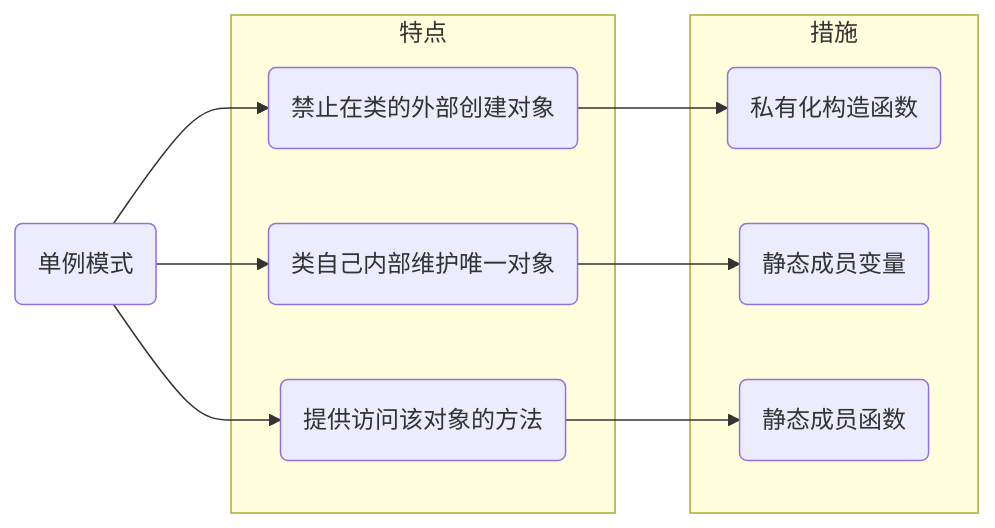
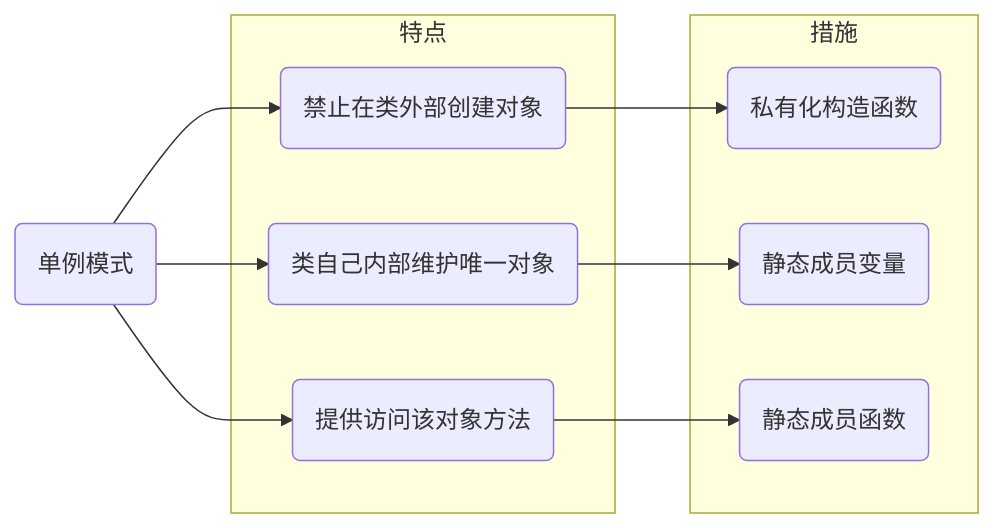
The first of 2 diagrams in _posts/Language/C&C++/DesignPattern/2022-09-26-单例模式.md (dmjcb/dmjcb.github.io), drawn with Mermaid before and after one commit. The commit also changed other lines of this file and 74 other files, not shown here.

````diff
--- a/_posts/Language/C&C++/DesignPattern/2022-09-26-单例模式.md
+++ b/_posts/Language/C&C++/DesignPattern/2022-09-26-单例模式.md
@@ -15,20 +15,20 @@
 ```mermaid
 graph LR;
     S(单例模式)
 
     subgraph T[特点]
-        A(禁止在类的外部创建对象)
+        A(禁止在类外部创建对象)
         B(类自己内部维护唯一对象)
-        C(提供访问该对象的方法)
+        C(提供访问该对象方法)
     end
 
     subgraph R[措施]
         A1(私有化构造函数)
         B1(静态成员变量)
         C1(静态成员函数)
     end
 
     S-->A-->A1
     S-->B-->B1
     S-->C-->C1
 ```
````
